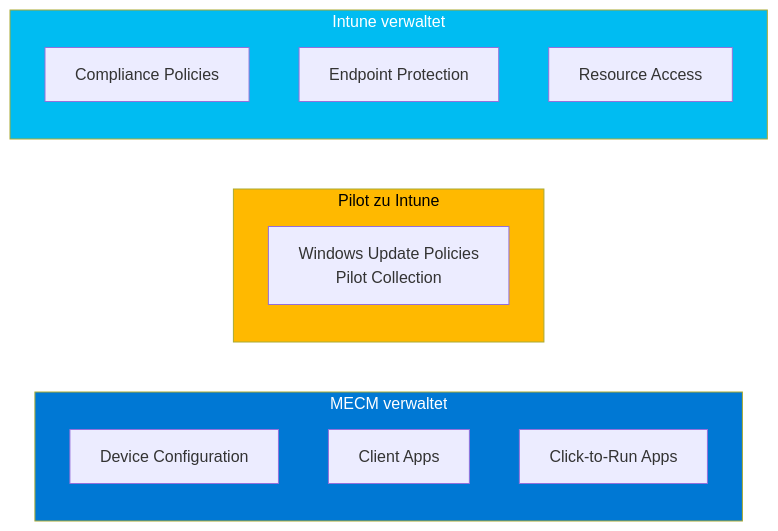
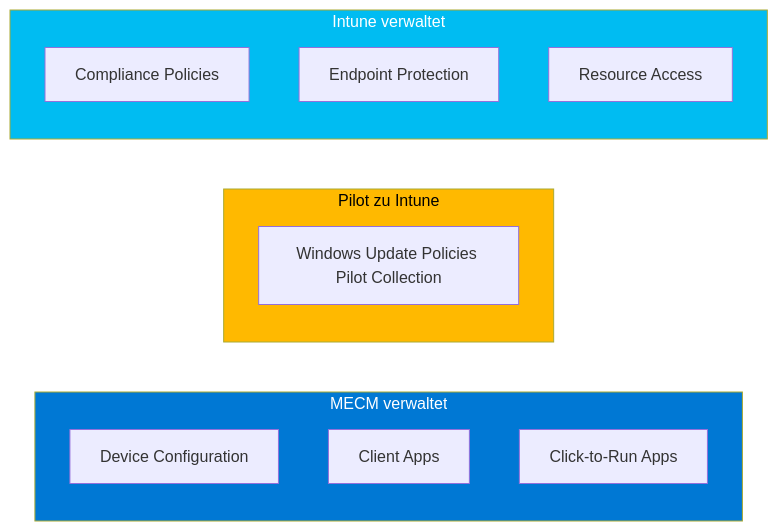
The second of 5 diagrams in Microsoft 365/System Center/MECM Co-Management.md (SoniiiT/notes-n-docs), drawn with Mermaid before and after one commit. The commit also changed other lines of this file and 124 other files, not shown here.

First line of the commit message:
fix: Entferne \n aus allen Mermaid-Diagrammen (125 Dateien)

````diff
--- a/Microsoft 365/System Center/MECM Co-Management.md
+++ b/Microsoft 365/System Center/MECM Co-Management.md
@@ -73,20 +73,20 @@
 ```mermaid
 graph LR
     subgraph MECM [MECM verwaltet]
         M1[Device Configuration]
         M2[Client Apps]
         M3[Click-to-Run Apps]
     end
     subgraph PILOT [Pilot zu Intune]
-        P1[Windows Update Policies\nPilot Collection]
+        P1[Windows Update Policies Pilot Collection]
     end
     subgraph INTUNE [Intune verwaltet]
         I1[Compliance Policies]
         I2[Endpoint Protection]
         I3[Resource Access]
     end
 
     style MECM fill:#0078D4,color:#fff
     style INTUNE fill:#00BCF2,color:#fff
     style PILOT fill:#FFB900,color:#000
 ```
````
